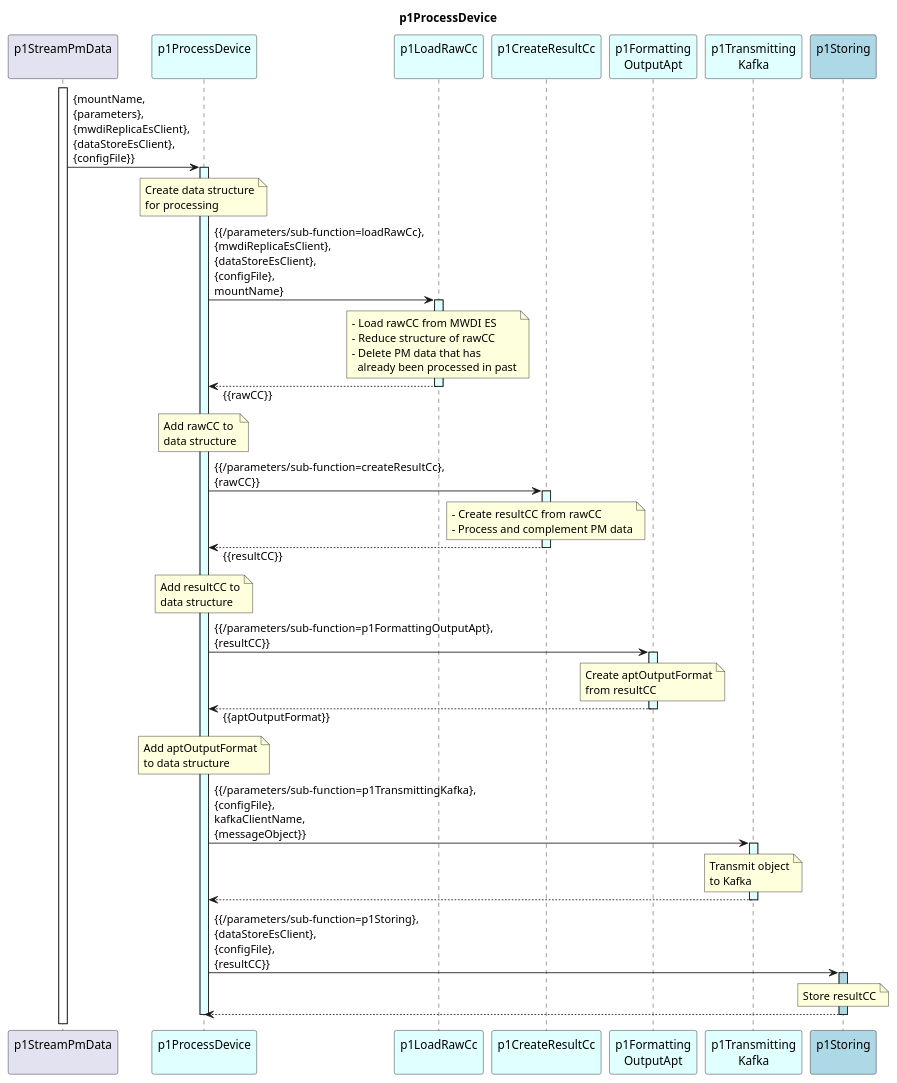
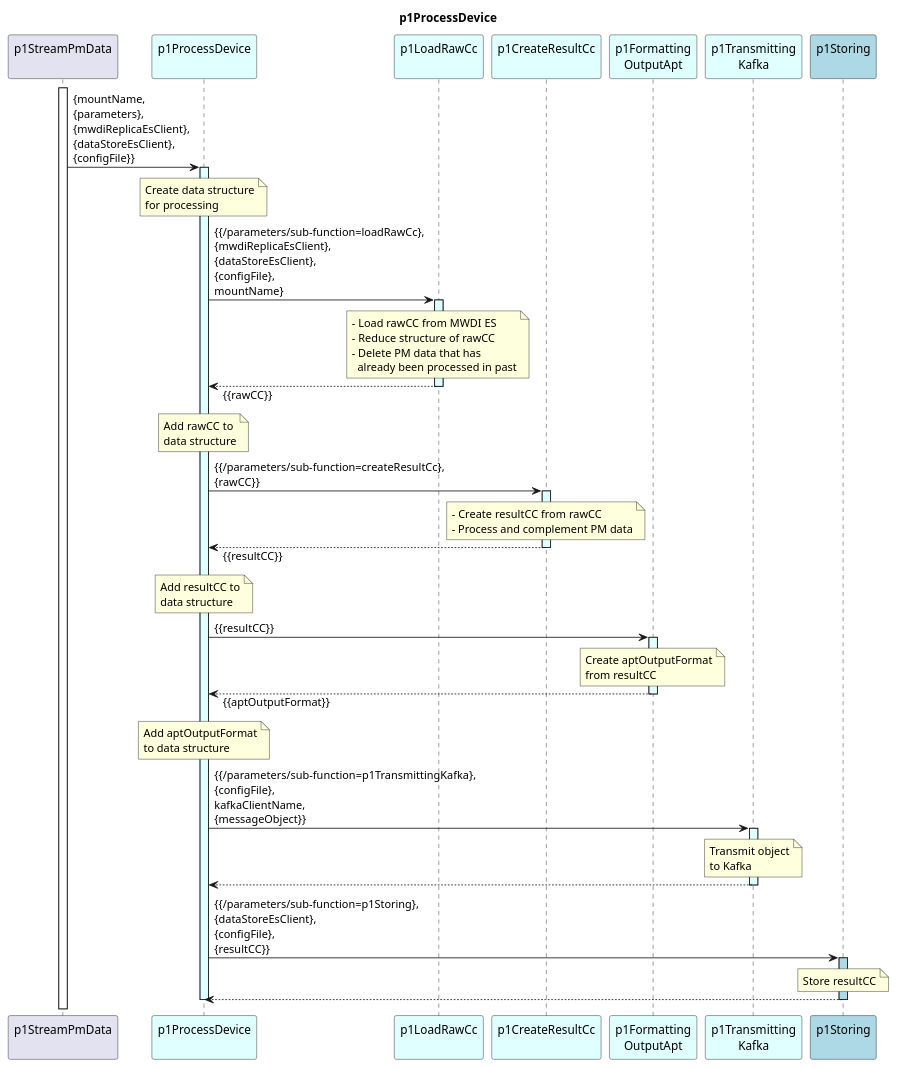
The diagram in spec/Functions/specificFunctions/p1StreamPmData/p1ProcessDevice/1.0.0/p1ProcessDevice.plantuml (openBackhaul/DevicePerformanceManagementDataProcessor), drawn with PlantUML before and after one commit. The commit also changed 25 other files, not shown here.

Commit message:
Finalize p1FormattingOutputApt

```diff
--- a/spec/Functions/specificFunctions/p1StreamPmData/p1ProcessDevice/1.0.0/p1ProcessDevice.plantuml
+++ b/spec/Functions/specificFunctions/p1StreamPmData/p1ProcessDevice/1.0.0/p1ProcessDevice.plantuml
@@ -1,100 +1,100 @@
 @startuml p1ProcessDevice
 skinparam responseMessageBelowArrow true
 
 title
   p1ProcessDevice
 end title
 
 participant "p1StreamPmData\n" as requestor
 participant "p1ProcessDevice\n" as p1ProOrch #LightCyan
 participant "p1LoadRawCc\n" as p1AddRaw #LightCyan
 participant "p1CreateResultCc\n" as p1CRC #LightCyan
 participant "p1Formatting\nOutputApt" as p1Output #LightCyan
 participant "p1Transmitting\nKafka" as p1Trans #LightCyan
 participant "p1Storing\n" as p1Store #LightBlue
 
 
 activate requestor
 
 requestor -> p1ProOrch : {mountName,\n{parameters},\n{mwdiReplicaEsClient},\n{dataStoreEsClient},\n{configFile}}
 activate p1ProOrch #LightCyan
 
   note over p1ProOrch
     Create data structure
     for processing
   end note
 
   p1ProOrch -> p1AddRaw : {{/parameters/sub-function=loadRawCc},\n{mwdiReplicaEsClient},\n{dataStoreEsClient},\n{configFile},\nmountName}
   activate p1AddRaw #LightCyan
 
     note over p1AddRaw
       - Load rawCC from MWDI ES
       - Reduce structure of rawCC
       - Delete PM data that has
         already been processed in past
     end note
 
   p1ProOrch <-- p1AddRaw : {{rawCC}}
   deactivate p1AddRaw
 
   note over p1ProOrch
     Add rawCC to
     data structure
   end note
 
   p1ProOrch -> p1CRC : {{/parameters/sub-function=createResultCc},\n{rawCC}}
   activate p1CRC #LightCyan
 
     note over p1CRC
       - Create resultCC from rawCC
       - Process and complement PM data
     end note
 
   p1ProOrch <-- p1CRC : {{resultCC}}
   deactivate p1CRC
 
   note over p1ProOrch
     Add resultCC to
     data structure
   end note
 
-  p1ProOrch -> p1Output : {{/parameters/sub-function=p1FormattingOutputApt},\n{resultCC}}
+  p1ProOrch -> p1Output : {{resultCC}}
   activate p1Output #LightCyan
 
     note over p1Output
       Create aptOutputFormat
       from resultCC
     end note
 
   p1ProOrch <-- p1Output : {{aptOutputFormat}}
   deactivate p1Output
 
   note over p1ProOrch
     Add aptOutputFormat
     to data structure
   end note
 
   p1ProOrch -> p1Trans : {{/parameters/sub-function=p1TransmittingKafka},\n{configFile},\nkafkaClientName,\n{messageObject}}
   activate p1Trans #LightCyan
 
     note over p1Trans
       Transmit object
       to Kafka
     end note
 
   p1ProOrch <-- p1Trans
   deactivate p1Trans
 
   p1ProOrch -> p1Store : {{/parameters/sub-function=p1Storing},\n{dataStoreEsClient},\n{configFile},\n{resultCC}}
   activate p1Store #LightBlue
 
     note over p1Store
       Store resultCC
     end note
 
   p1ProOrch <-- p1Store
   deactivate p1Store
 
 deactivate p1ProOrch
 
 @enduml
```
